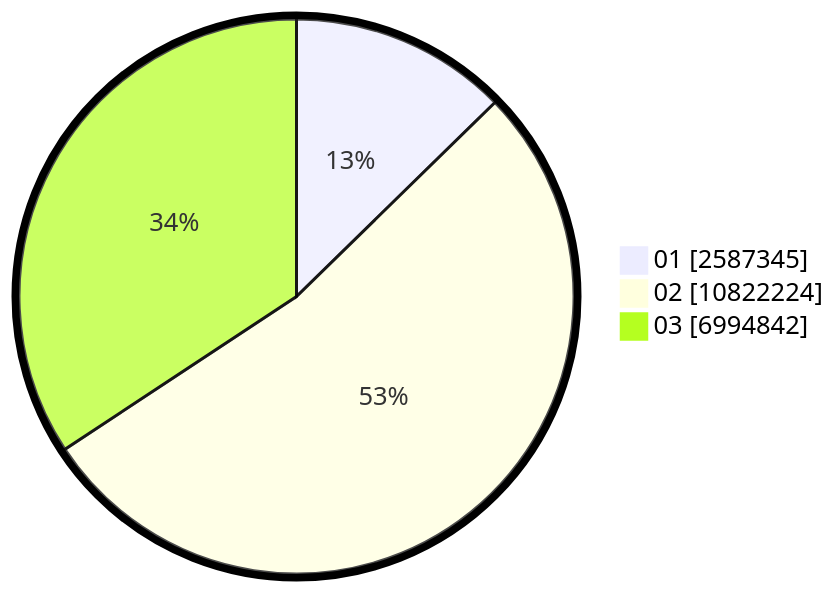
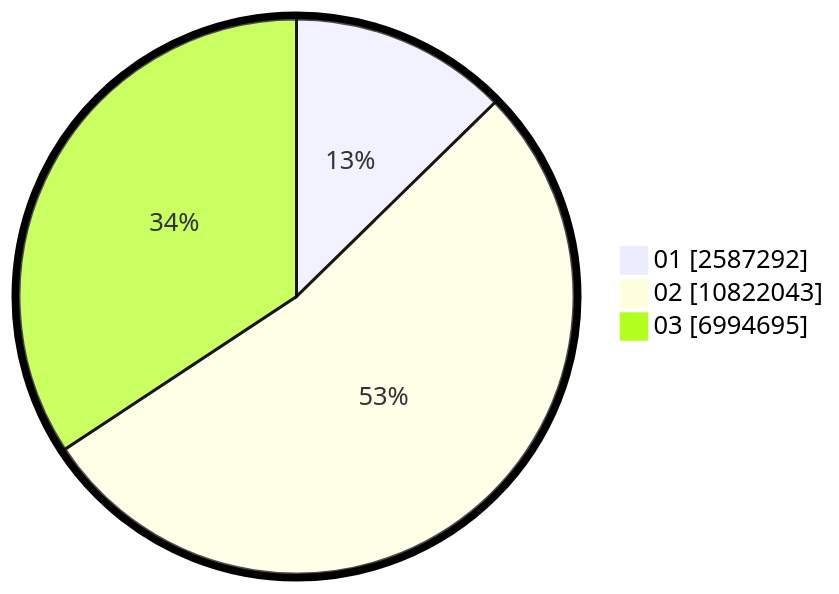
The second of 2 diagrams in pilpres/hitung-suara/sub/table-wilayah-33.md (gigit-pemilu/pemilu-2024), drawn with Mermaid before and after one commit. The commit also changed other lines of this file and 9 other files, not shown here.

````diff
--- a/pilpres/hitung-suara/sub/table-wilayah-33.md
+++ b/pilpres/hitung-suara/sub/table-wilayah-33.md
@@ -15,7 +15,7 @@
 ```mermaid
 %%{init: {"pie": {"textPosition": 0.5}, "themeVariables": {"pieOuterStrokeWidth": "5px"}} }%%
 pie showData
-    "01" : 2587345
-    "02" : 10822224
-    "03" : 6994842
+    "01" : 2587292
+    "02" : 10822043
+    "03" : 6994695
 ```
````
